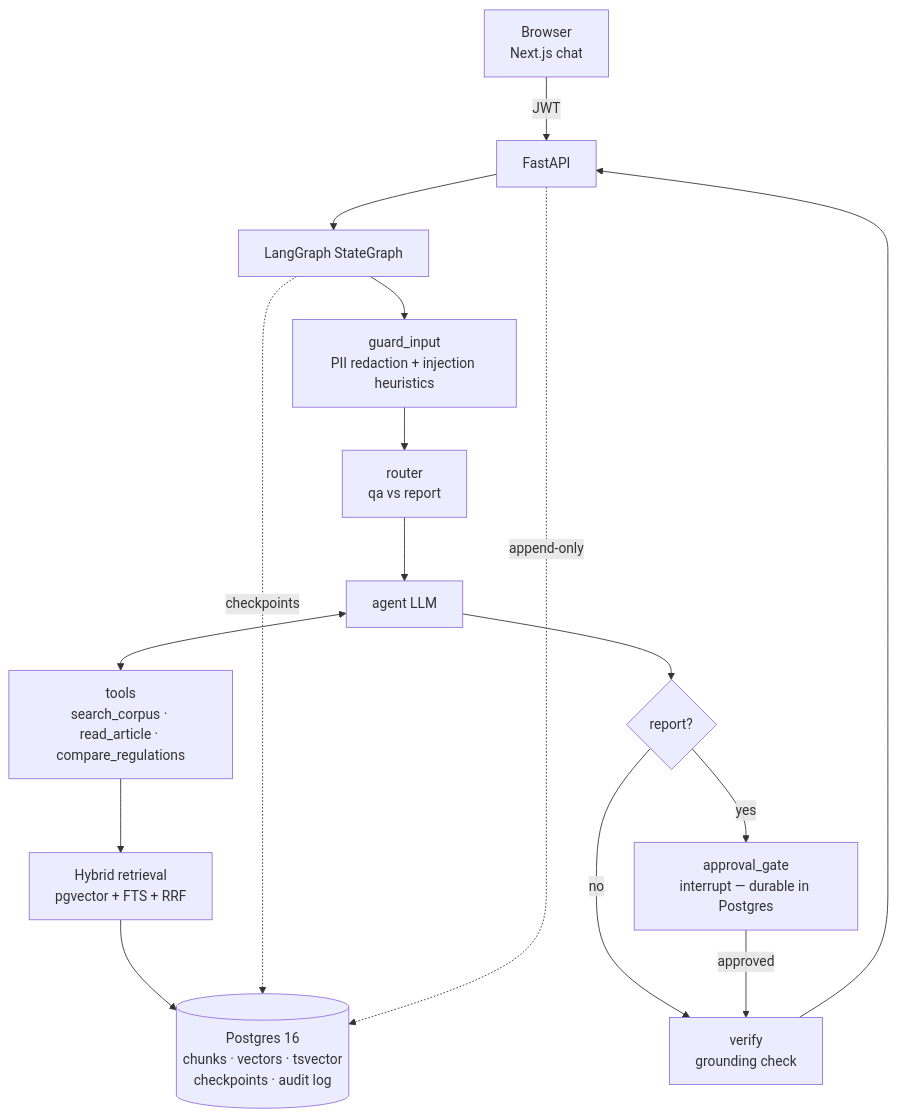
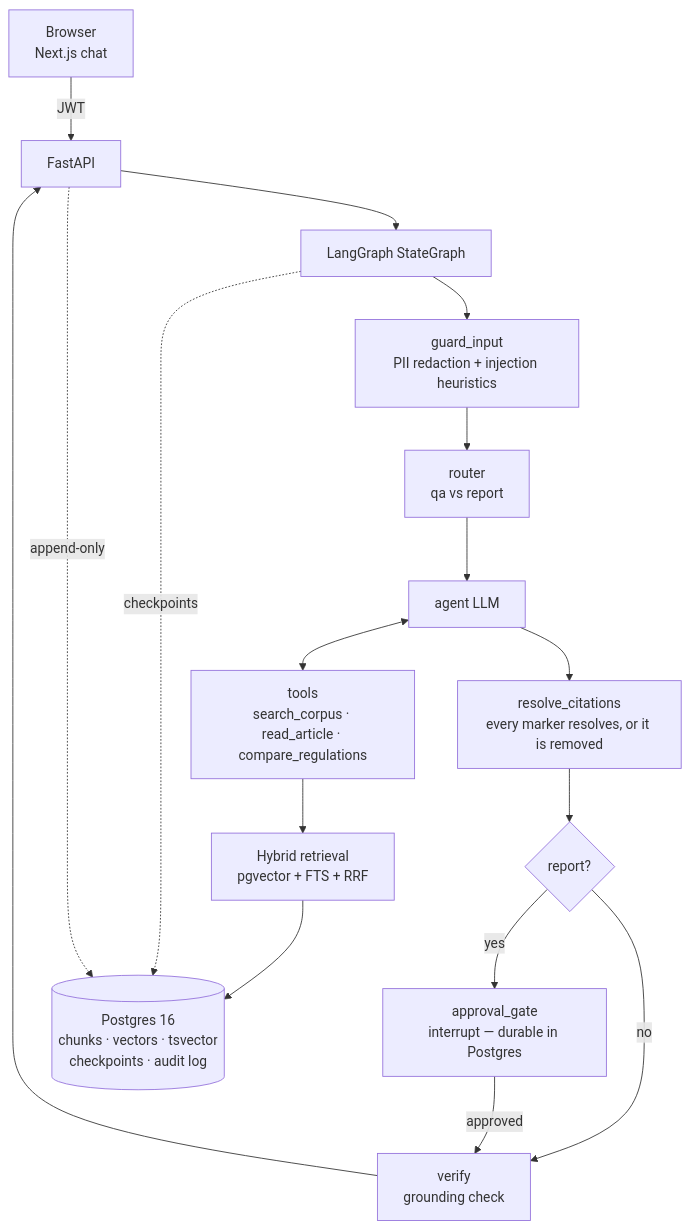
Before and after one commit to fctpe/agentic-rag-kit: the diagram in docs/architecture.md, drawn with Mermaid. The commit also changed other lines of this file and 20 other files, not shown here.

````diff
--- a/docs/architecture.md
+++ b/docs/architecture.md
@@ -3,18 +3,19 @@
 ```mermaid
 flowchart TD
     U[Browser<br/>Next.js chat] -->|JWT| API[FastAPI]
     API --> G[LangGraph StateGraph]
     G --> N1[guard_input<br/>PII redaction + injection heuristics]
     N1 --> N2[router<br/>qa vs report]
     N2 --> N3[agent LLM]
     N3 <--> T[tools<br/>search_corpus · read_article · compare_regulations]
     T --> R[Hybrid retrieval<br/>pgvector + FTS + RRF]
-    N3 --> N4{report?}
+    N3 --> N7["resolve_citations<br/>every marker resolves, or it is removed"]
+    N7 --> N4{report?}
     N4 -->|yes| N5[approval_gate<br/>interrupt — durable in Postgres]
     N4 -->|no| N6[verify<br/>grounding check]
     N5 -->|approved| N6
     N6 --> API
     R --> PG[(Postgres 16<br/>chunks · vectors · tsvector<br/>checkpoints · audit log)]
     G -.checkpoints.-> PG
     API -.append-only.-> PG
 ```
````
